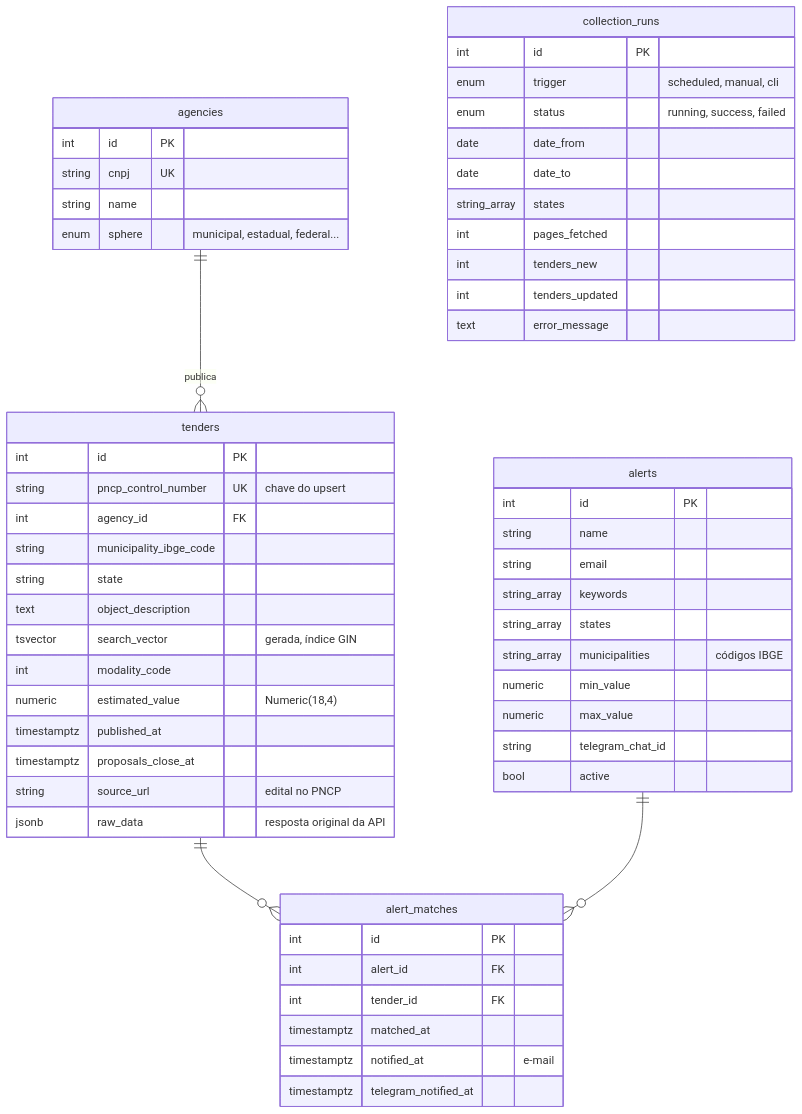
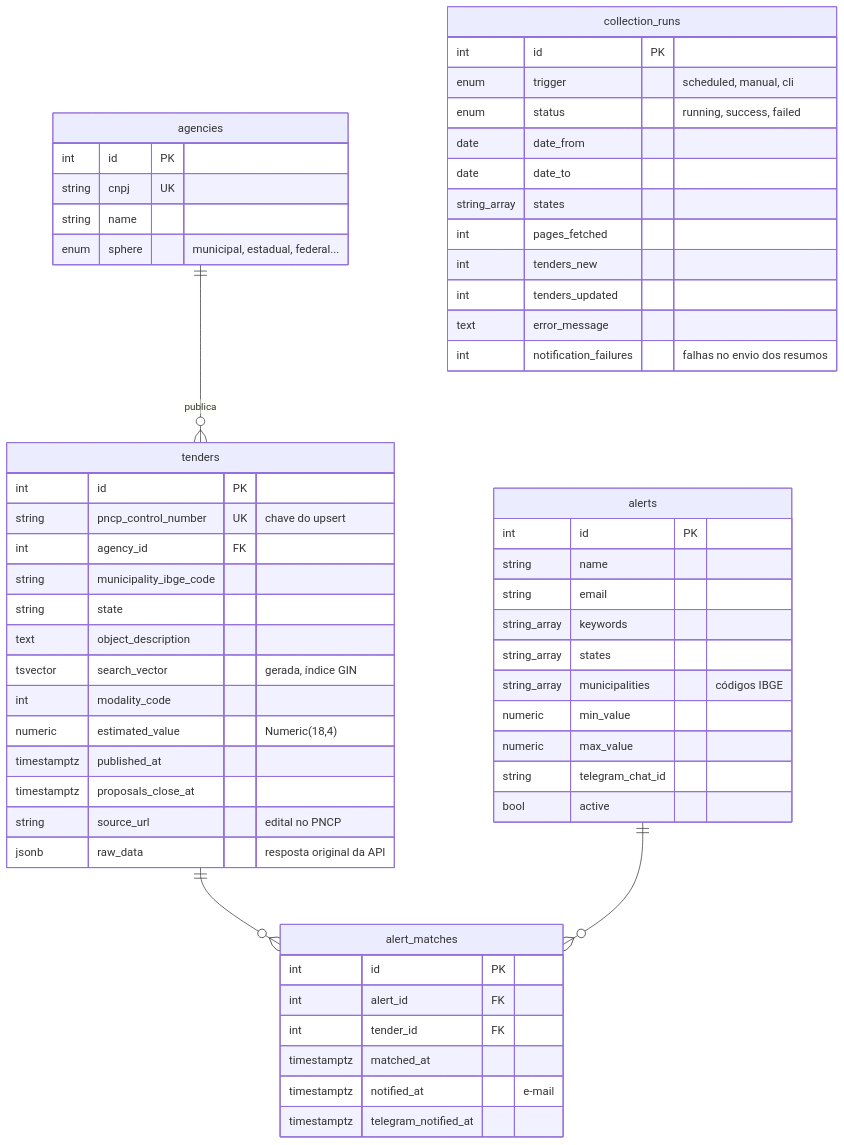
One commit to Netero-mac/Radar-licitacao changed the second of 2 diagrams in README.md. Above: the diagram before and after it, drawn with Mermaid. The commit also changed other lines of this file and 14 other files, not shown here.

````diff
--- a/README.md
+++ b/README.md
@@ -356,60 +362,61 @@
 ```mermaid
 erDiagram
     agencies ||--o{ tenders : publica
     tenders ||--o{ alert_matches : ""
     alerts ||--o{ alert_matches : ""
 
     agencies {
         int id PK
         string cnpj UK
         string name
         enum sphere "municipal, estadual, federal..."
     }
     tenders {
         int id PK
         string pncp_control_number UK "chave do upsert"
         int agency_id FK
         string municipality_ibge_code
         string state
         text object_description
         tsvector search_vector "gerada, índice GIN"
         int modality_code
         numeric estimated_value "Numeric(18,4)"
         timestamptz published_at
         timestamptz proposals_close_at
         string source_url "edital no PNCP"
         jsonb raw_data "resposta original da API"
     }
     alerts {
         int id PK
         string name
         string email
         string_array keywords
         string_array states
         string_array municipalities "códigos IBGE"
         numeric min_value
         numeric max_value
         string telegram_chat_id
         bool active
     }
     alert_matches {
         int id PK
         int alert_id FK
         int tender_id FK
         timestamptz matched_at
         timestamptz notified_at "e-mail"
         timestamptz telegram_notified_at
     }
     collection_runs {
         int id PK
         enum trigger "scheduled, manual, cli"
         enum status "running, success, failed"
         date date_from
         date date_to
         string_array states
         int pages_fetched
         int tenders_new
         int tenders_updated
         text error_message
+        int notification_failures "falhas no envio dos resumos"
     }
 ```
````
